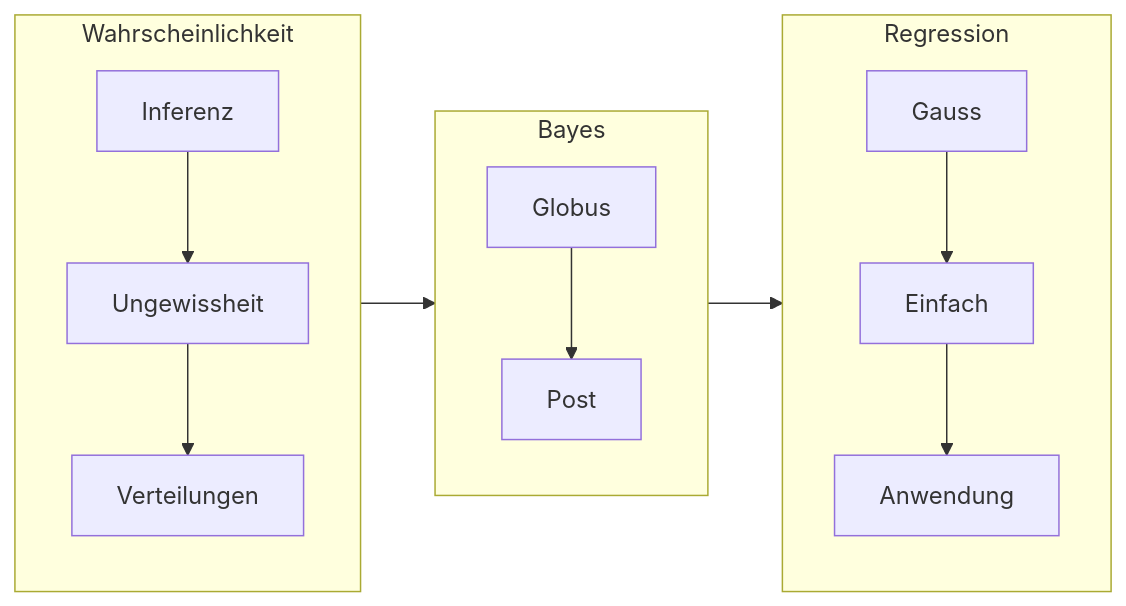
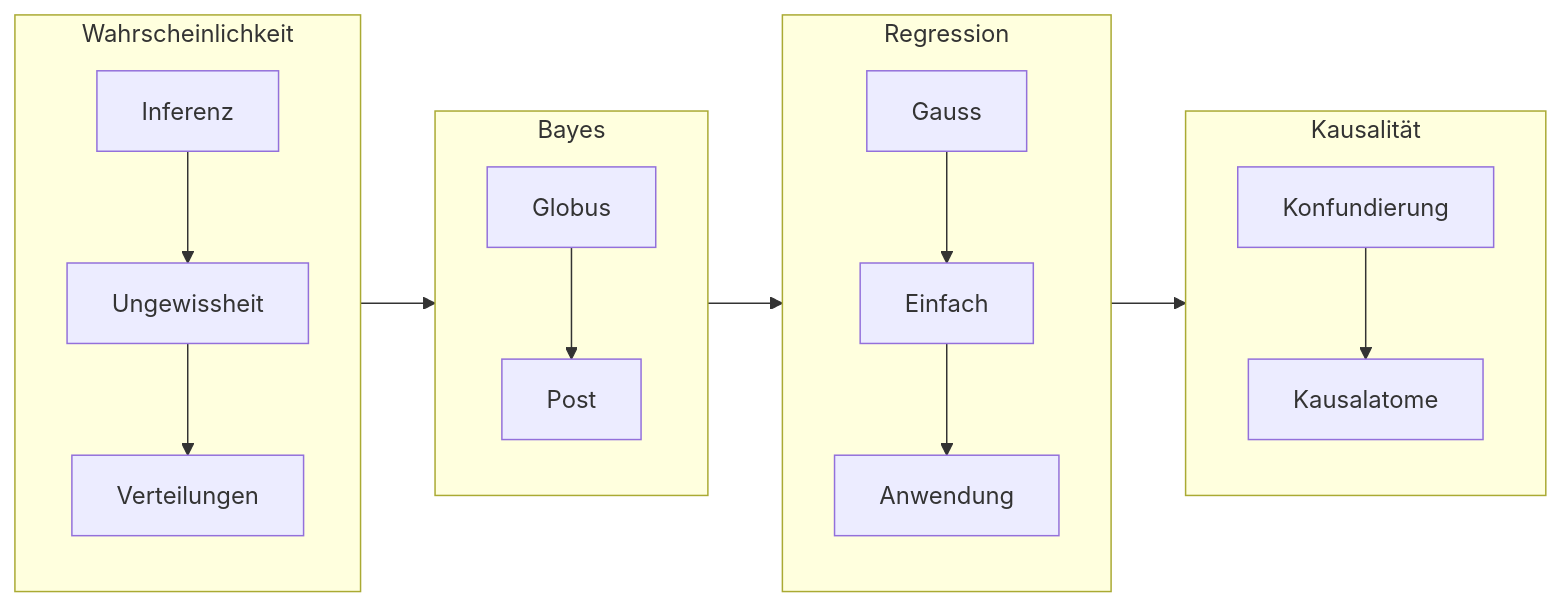
Before and after one commit to sebastiansauer/start-bayes: the diagram in 0100-orga.qmd, drawn with Mermaid. The commit also changed 11 other files, not shown here.

````diff
--- a/0100-orga.qmd
+++ b/0100-orga.qmd
@@ -109,16 +109,19 @@
 ```{mermaid}
 %%| label: fig-modulverlauf
 %%| fig-cap: Modulverlauf im Überblick. Die einzelnen Schritte entsprechen in etwa den Kapiteln dieses Buchs.
 %%| fig-width: 4
 flowchart LR
   subgraph Wskt[Wahrscheinlichkeit]
     Inferenz --> Ungewissheit --> Verteilungen
   end 
   subgraph Bayes
     Globus --> Post
   end 
   subgraph Regression
     Gauss --> Einfach --> Anwendung
   end 
-   Wskt --> Bayes --> Regression
+  subgraph Kausal[Kausalität]
+    Konfundierung --> Kausalatome
+  end
+   Wskt --> Bayes --> Regression --> Kausal
 ```
````
